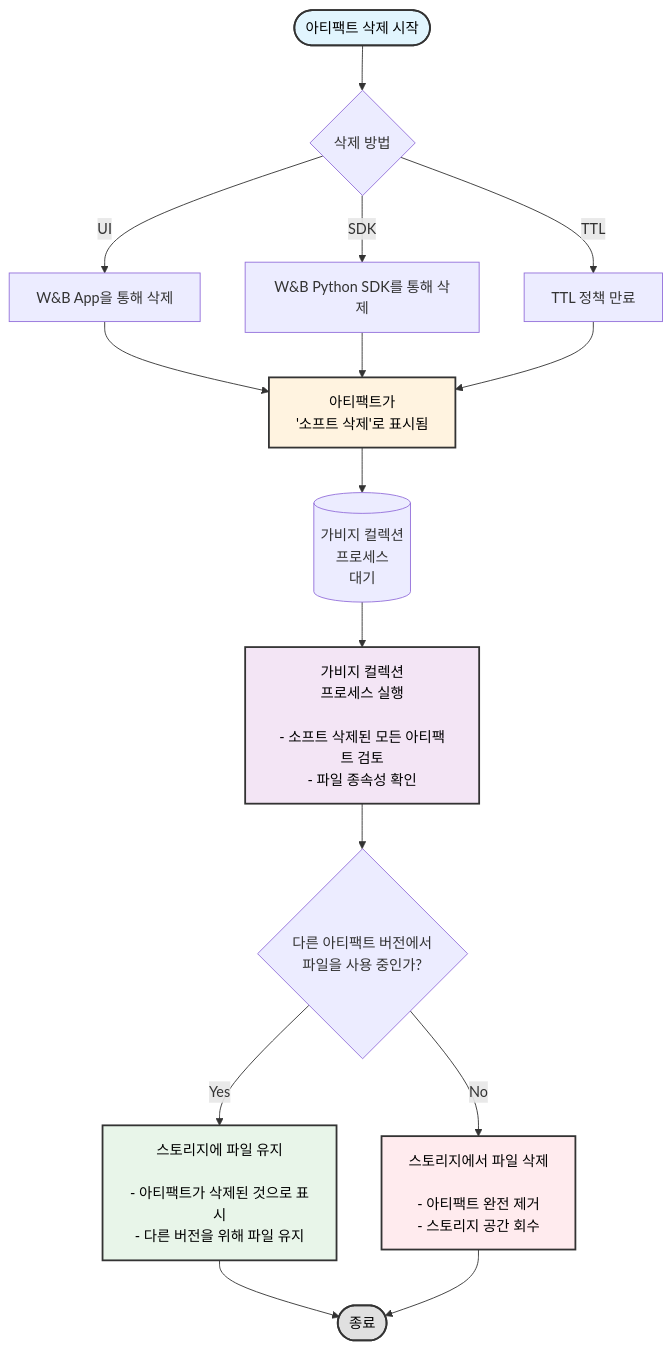
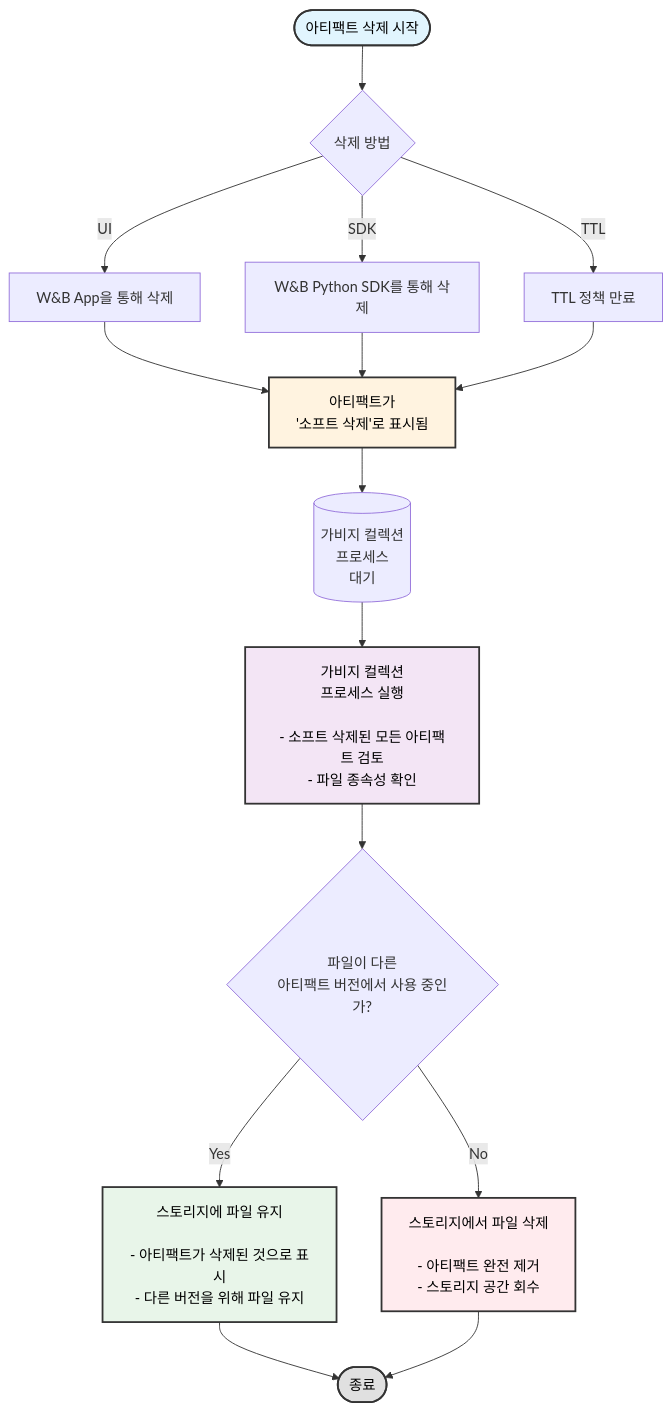
Before and after one commit to wandb/docs: the diagram in ko/models/artifacts/delete-artifacts.mdx, drawn with Mermaid. The commit also changed other lines of this file and 890 other files, not shown here.

````diff
--- a/ko/models/artifacts/delete-artifacts.mdx
+++ b/ko/models/artifacts/delete-artifacts.mdx
@@ -16,31 +16,31 @@
 ```mermaid
 graph TB
     Start([아티팩트 삭제 시작]) --> DeleteMethod{삭제 방법}
     
     DeleteMethod -->|UI| UIDelete[W&B App을 통해 삭제]
     DeleteMethod -->|SDK| SDKDelete[W&B Python SDK를 통해 삭제]
     DeleteMethod -->|TTL| TTLDelete[TTL 정책 만료]
     
     UIDelete --> SoftDelete[아티팩트가<br/>'소프트 삭제'로 표시됨]
     SDKDelete --> SoftDelete
     TTLDelete --> SoftDelete
     
     SoftDelete --> GCWait[(가비지 컬렉션<br/>프로세스<br/>대기)]
     
     GCWait --> GCRun[가비지 컬렉션<br/>프로세스 실행<br/><br/>- 소프트 삭제된 모든 아티팩트 검토<br/>- 파일 종속성 확인]
     
-    GCRun --> CheckUsage{다른 아티팩트 버전에서<br/>파일을 사용 중인가?}
+    GCRun --> CheckUsage{파일이 다른<br/>아티팩트 버전에서 사용 중인가?}
     
     CheckUsage -->|Yes| KeepFiles[스토리지에 파일 유지<br/><br/>- 아티팩트가 삭제된 것으로 표시<br/>- 다른 버전을 위해 파일 유지]
     CheckUsage -->|No| DeleteFiles[스토리지에서 파일 삭제<br/><br/>- 아티팩트 완전 제거<br/>- 스토리지 공간 회수]
     
     KeepFiles --> End([종료])
     DeleteFiles --> End
     
     style Start fill:#e1f5fe,stroke:#333,stroke-width:2px,color:#000
     style SoftDelete fill:#fff3e0,stroke:#333,stroke-width:2px,color:#000
     style GCRun fill:#f3e5f5,stroke:#333,stroke-width:2px,color:#000
     style KeepFiles fill:#e8f5e9,stroke:#333,stroke-width:2px,color:#000
     style DeleteFiles fill:#ffebee,stroke:#333,stroke-width:2px,color:#000
     style End fill:#e0e0e0,stroke:#333,stroke-width:2px,color:#000
 ```
````
